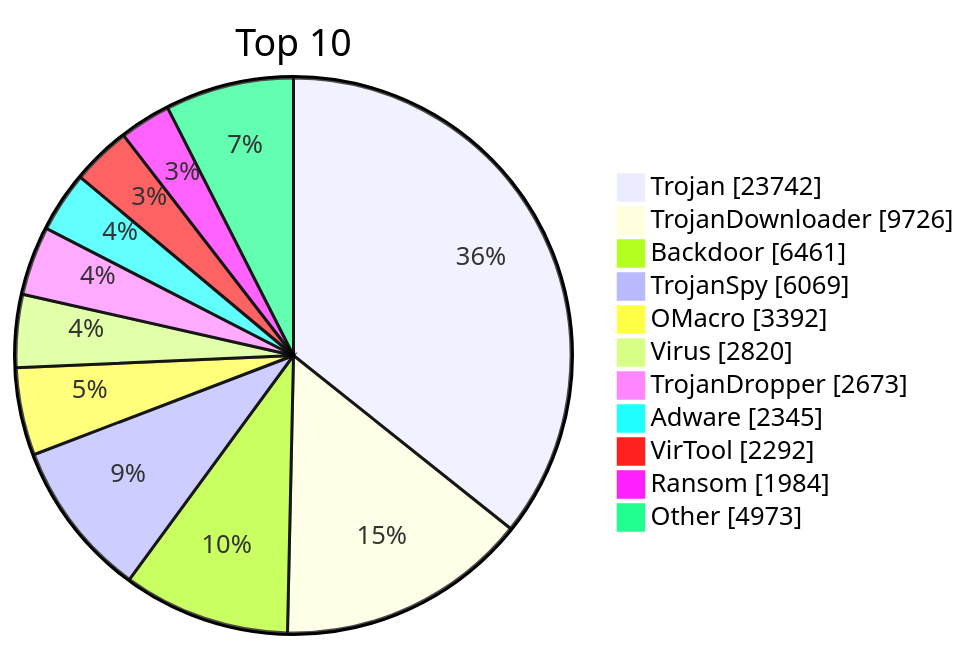
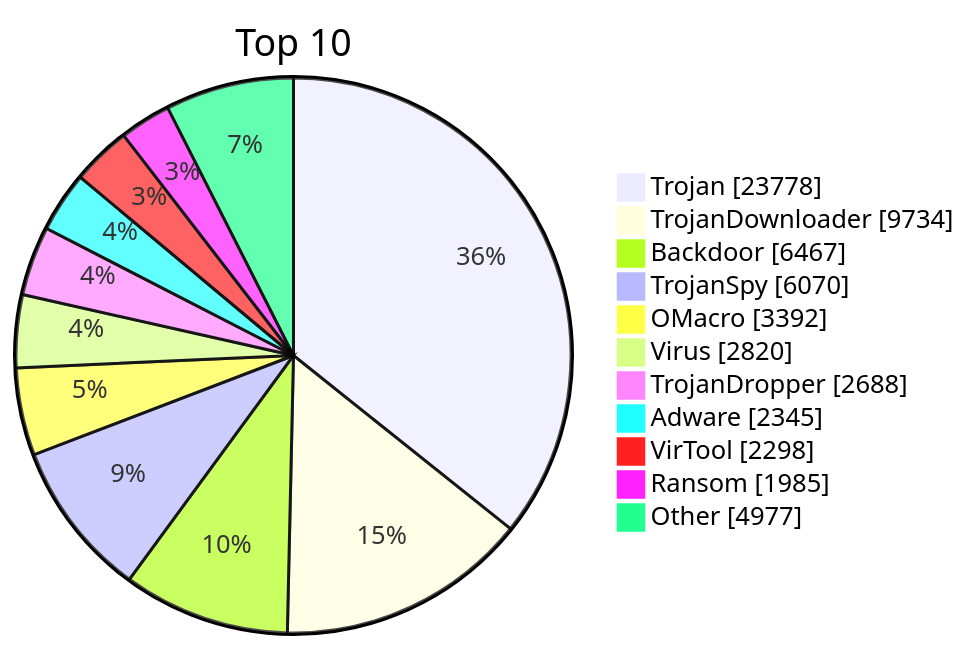
Before and after one commit to JerryLinLinLin/huorong-virdb-changelog: the diagram in README.md, drawn with Mermaid. The commit also changed other lines of this file and 10 other files, not shown here.

````diff
--- a/README.md
+++ b/README.md
@@ -17,15 +17,15 @@
 ```mermaid
 pie showData
     title Top 10
-    "Trojan" : 23742
-    "TrojanDownloader" : 9726
-    "Backdoor" : 6461
-    "TrojanSpy" : 6069
+    "Trojan" : 23778
+    "TrojanDownloader" : 9734
+    "Backdoor" : 6467
+    "TrojanSpy" : 6070
     "OMacro" : 3392
     "Virus" : 2820
-    "TrojanDropper" : 2673
+    "TrojanDropper" : 2688
     "Adware" : 2345
-    "VirTool" : 2292
-    "Ransom" : 1984
-    "Other" : 4973
+    "VirTool" : 2298
+    "Ransom" : 1985
+    "Other" : 4977
 ```
````
